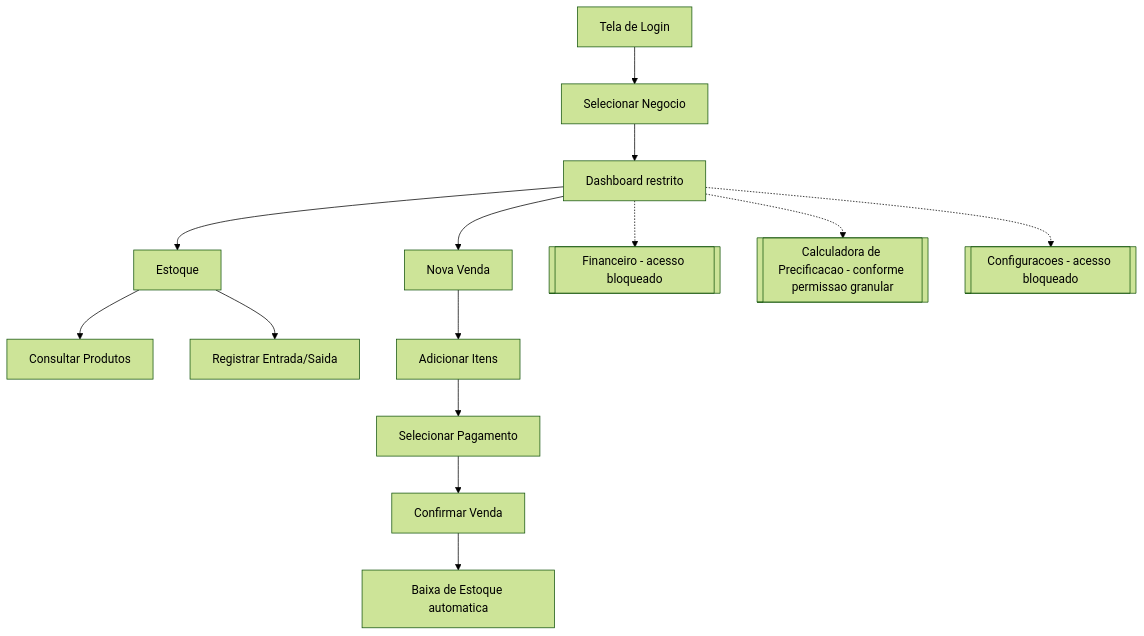
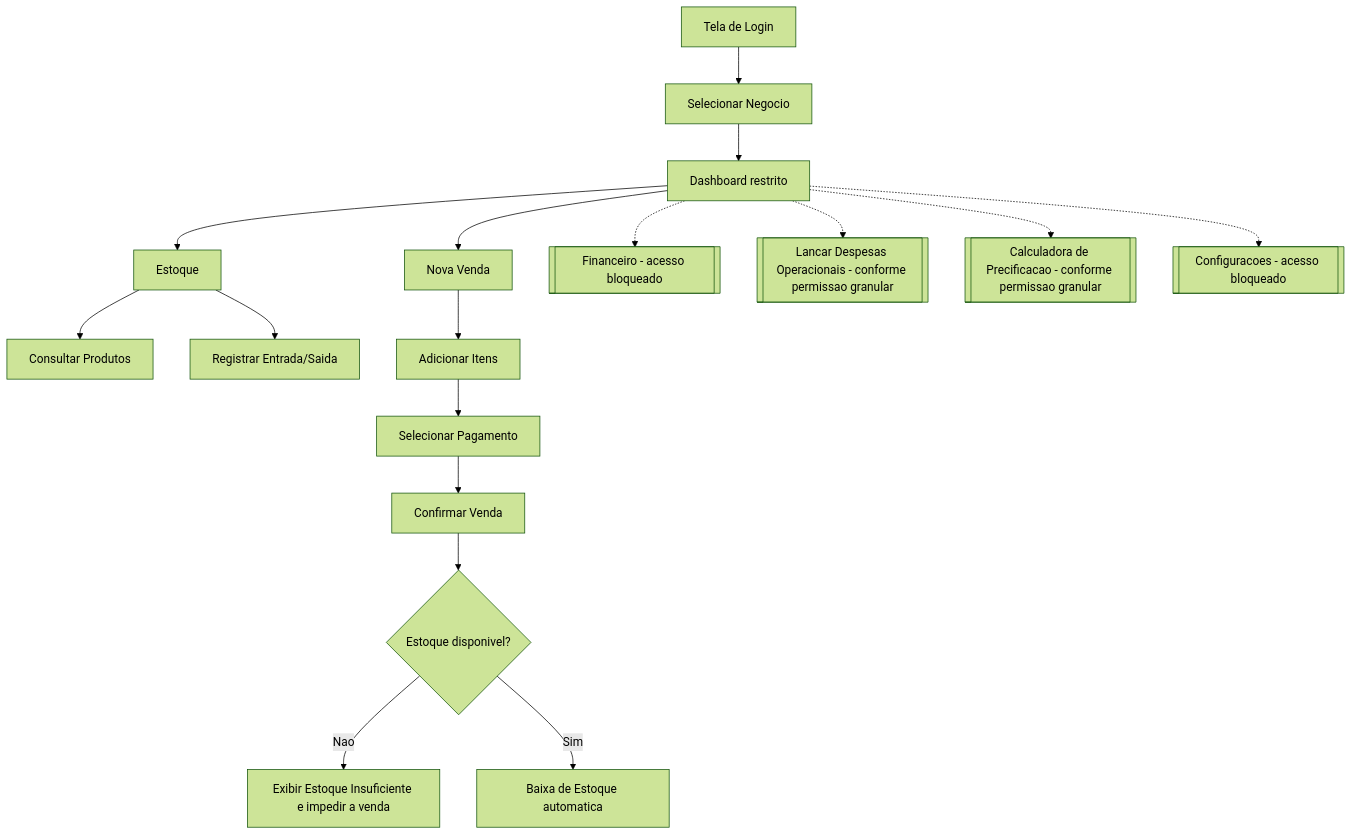
Before and after one commit to VitorHashimoto21/projeto_HE_modelagem_de_sistemas: the third of 4 diagrams in docs/dominio_fluxogramas/FLUXOGRAMAS.md, drawn with Mermaid (forest theme). The commit also changed other lines of this file and 12 other files, not shown here.

````diff
--- a/docs/dominio_fluxogramas/FLUXOGRAMAS.md
+++ b/docs/dominio_fluxogramas/FLUXOGRAMAS.md
@@ -90,18 +99,21 @@
 ```mermaid
 flowchart TD
     A[Tela de Login] --> B[Selecionar Negocio]
     B --> C[Dashboard restrito]
     C --> D[Estoque]
     D --> D1[Consultar Produtos]
     D --> D2[Registrar Entrada/Saida]
 
     C --> E[Nova Venda]
     E --> E1[Adicionar Itens]
     E1 --> E2[Selecionar Pagamento]
     E2 --> E3[Confirmar Venda]
-    E3 --> E4[Baixa de Estoque automatica]
+    E3 --> E5{Estoque disponivel?}
+    E5 -->|Nao| E6[Exibir Estoque Insuficiente e impedir a venda]
+    E5 -->|Sim| E4[Baixa de Estoque automatica]
 
     C -.-> F[[Financeiro - acesso bloqueado]]
+    C -.-> F1[[Lancar Despesas Operacionais - conforme permissao granular]]
     C -.-> G[[Calculadora de Precificacao - conforme permissao granular]]
     C -.-> H[[Configuracoes - acesso bloqueado]]
 ```
````
